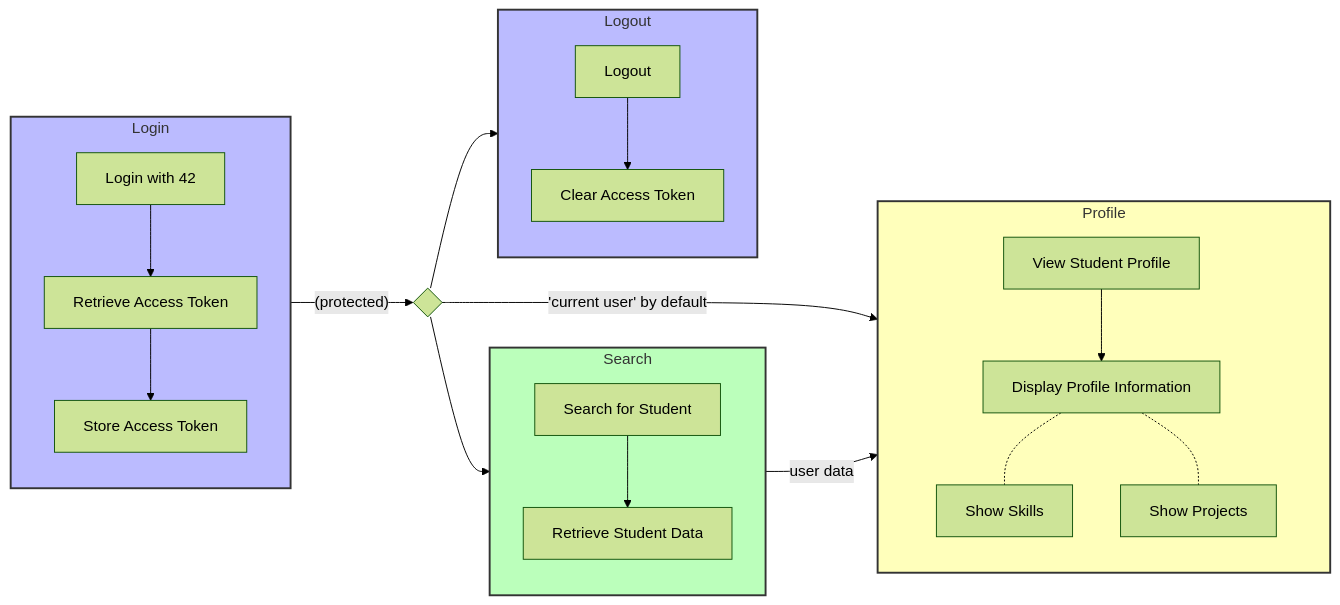
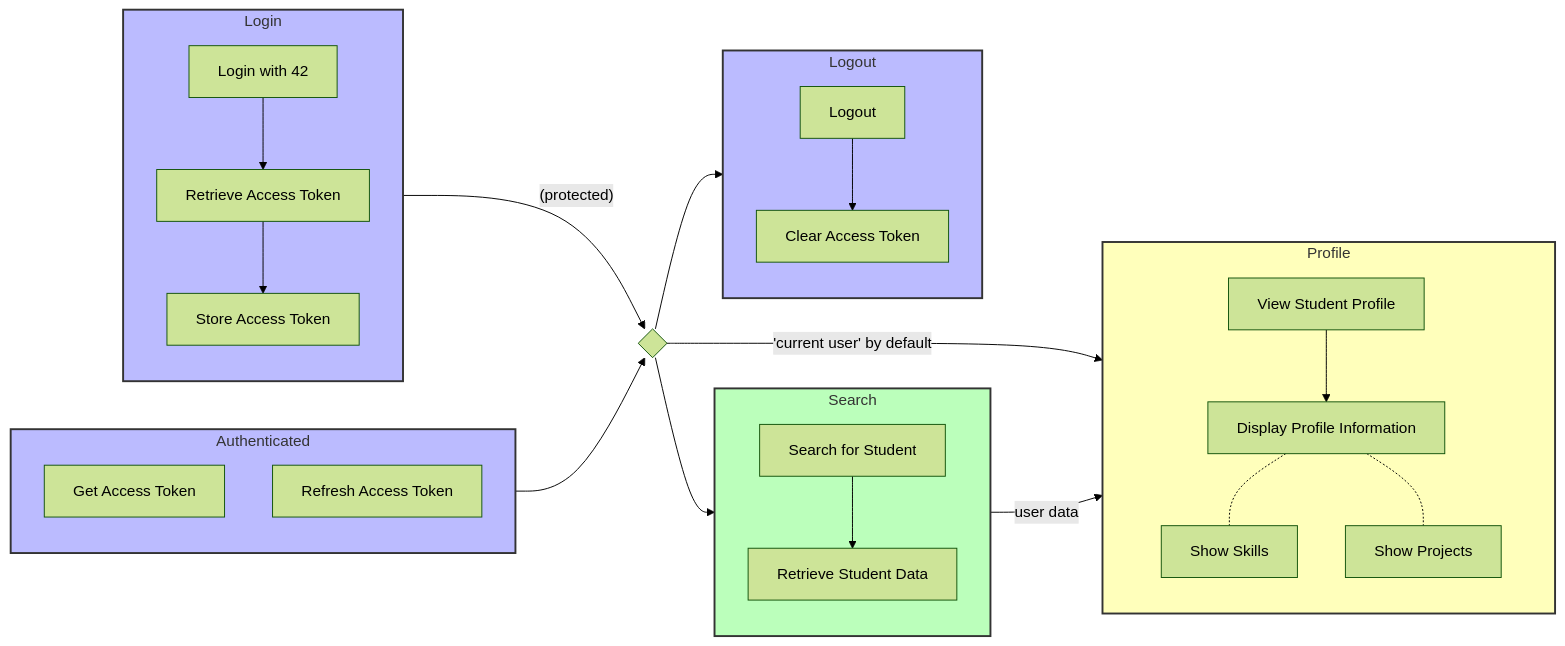
The first of 2 diagrams in README.md (Tablerase/42_Swifty-Companion), drawn with Mermaid (forest theme) before and after one commit. The commit also changed other lines of this file, not shown here.

Commit message:
doc: 42 api auth flow

````diff
--- a/README.md
+++ b/README.md
@@ -12,38 +12,45 @@
 ```mermaid
 ---
 title 42 Swifty Companion Architecture
 ---
 flowchart LR
   Login:::login
   subgraph Login
     A[Login with 42] --> B[Retrieve Access Token]
     B --> C[Store Access Token]
+  end
+
+  Authenticated:::login
+  subgraph Authenticated
+    GetToken[Get Access Token]
+    Refresh[Refresh Access Token]
   end
 
   Search:::search
   subgraph Search
     D[Search for Student] --> E[Retrieve Student Data]
   end
 
   Profile:::profile
   subgraph Profile
     G[View Student Profile] --> H[Display Profile Information]
     H -.- I[Show Skills]
     H -.- F[Show Projects]
   end
 
   Logout:::login
   subgraph Logout
     J[Logout] --> K[Clear Access Token]
   end
 
   Login -->|"(protected)"| intersection1{ }
+  Authenticated --> intersection1
   intersection1 --> Search
   intersection1 --> Logout
   intersection1 -->|'current user' by default| Profile
   Search --> |"user data"| Profile
 
 classDef login fill:#bbf,stroke:#333,stroke-width:2px;
 classDef search fill:#bfb,stroke:#333,stroke-width:2px;
 classDef profile fill:#ffb,stroke:#333,stroke-width:2px;
 ```
````
